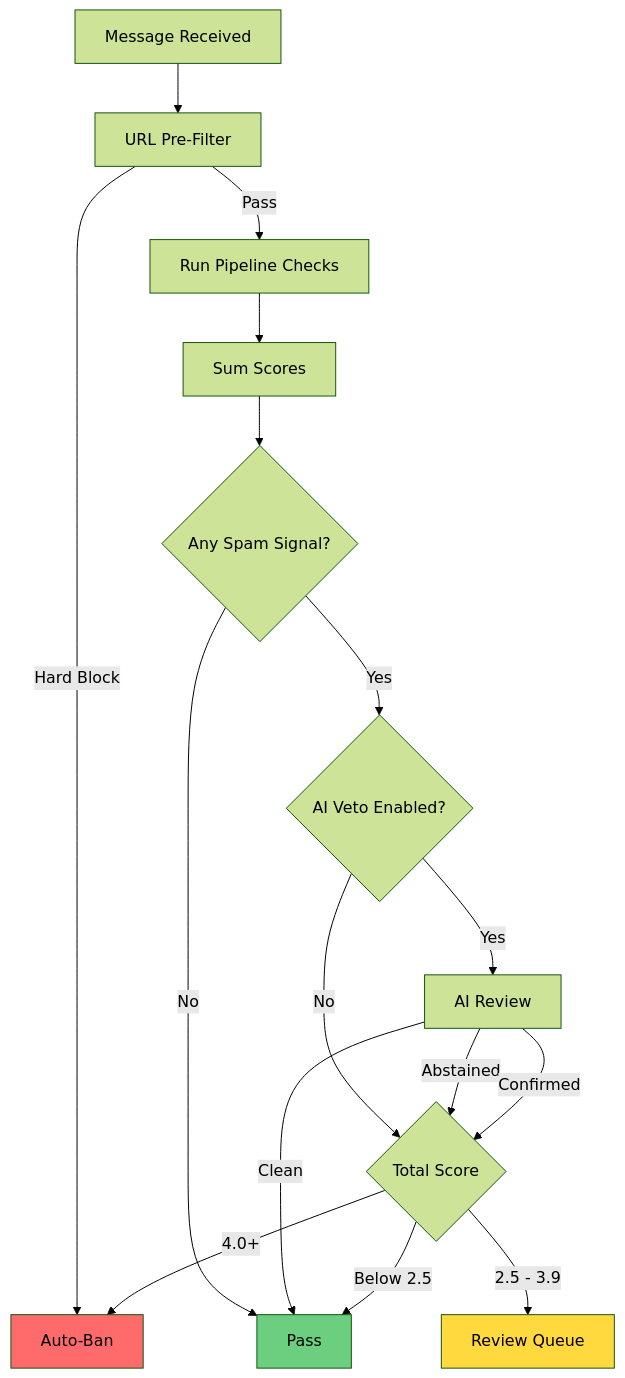
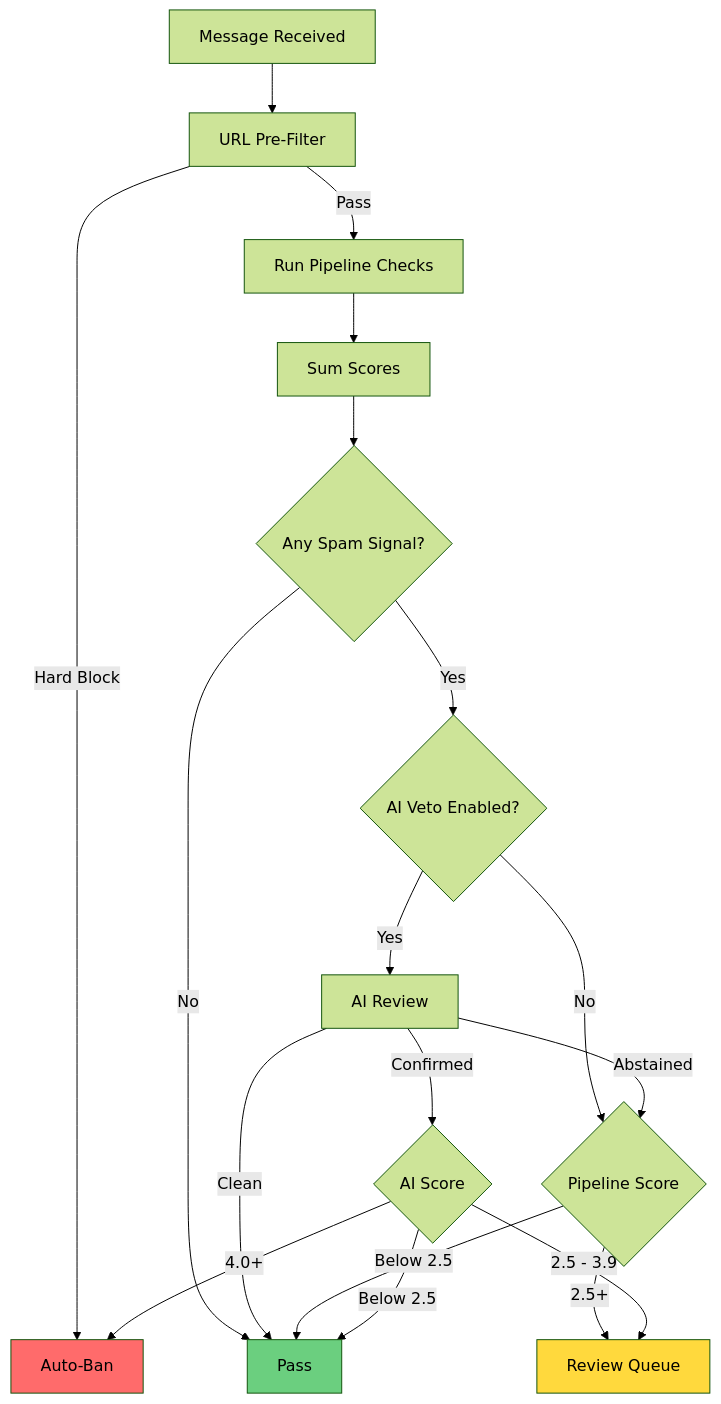
One commit to musicislife08/TelegramGroupsAdmin changed the diagram in TelegramGroupsAdmin/Docs/02-spam-detection.md. Above: the diagram before and after it, drawn with Mermaid (forest theme). The commit also changed other lines of this file and 17 other files, not shown here.

````diff
--- a/TelegramGroupsAdmin/Docs/02-spam-detection.md
+++ b/TelegramGroupsAdmin/Docs/02-spam-detection.md
@@ -45,22 +45,24 @@
 ```mermaid
 flowchart TD
     A[Message Received] --> B[URL Pre-Filter]
     B -->|Hard Block| I[Auto-Ban]
     B -->|Pass| C[Run Pipeline Checks]
     C --> D[Sum Scores]
     D --> E{Any Spam Signal?}
     E -->|No| K[Pass]
     E -->|Yes| F{AI Veto Enabled?}
-    F -->|No| H{Total Score}
+    F -->|No| H{Pipeline Score}
     F -->|Yes| G[AI Review]
     G -->|Clean| K
     G -->|Abstained| H
-    G -->|Confirmed| H
-    H -->|4.0+| I
-    H -->|2.5 - 3.9| J[Review Queue]
+    G -->|Confirmed| L{AI Score}
+    H -->|2.5+| J[Review Queue]
     H -->|Below 2.5| K
+    L -->|4.0+| I
+    L -->|2.5 - 3.9| J
+    L -->|Below 2.5| K
 
     style I fill:#ff6b6b
     style J fill:#ffd93d
     style K fill:#6bcf7f
 ```
````
